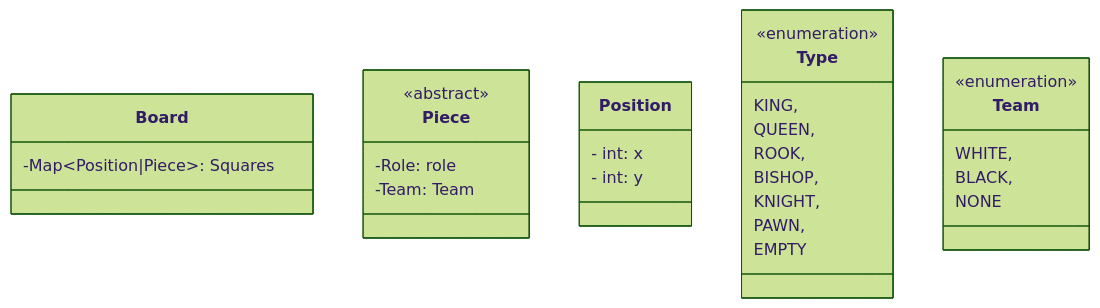
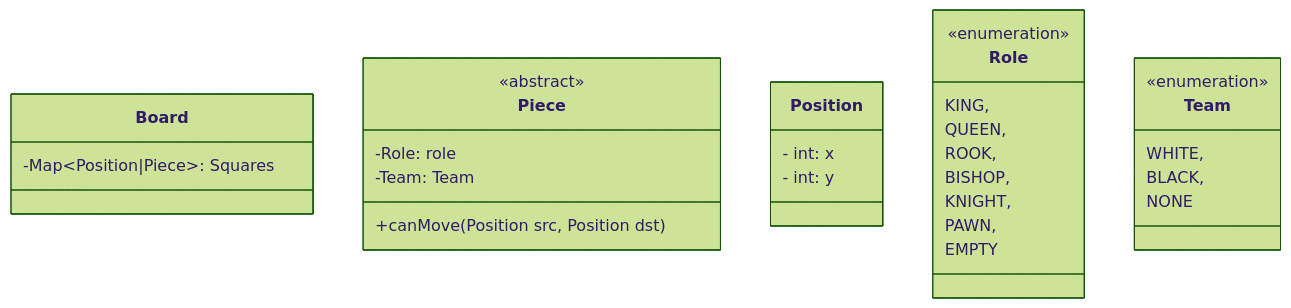
One commit to woowacourse/java-chess changed the first of 5 diagrams in README.md. Above: the diagram before and after it, drawn with Mermaid (forest theme).

Commit message:
docs: mermaid 다이어그램 업데이트

````diff
--- a/README.md
+++ b/README.md
@@ -9,35 +9,36 @@
 ```mermaid
 classDiagram
   class Board {
     -Map~Position|Piece~: Squares
   }
 
   class Piece {
     <<abstract>>
     -Role: role
     -Team: Team
+    +canMove(Position src, Position dst)
   }
 
   class Position {
     - int: x
     - int: y
   }
 
-  class Type {
+  class Role {
     <<enumeration>>
     KING,
     QUEEN,
     ROOK,
     BISHOP,
     KNIGHT,
     PAWN,
     EMPTY
   }
 
   class Team {
     <<enumeration>>
     WHITE,
     BLACK,
     NONE
   }
 ```
````
